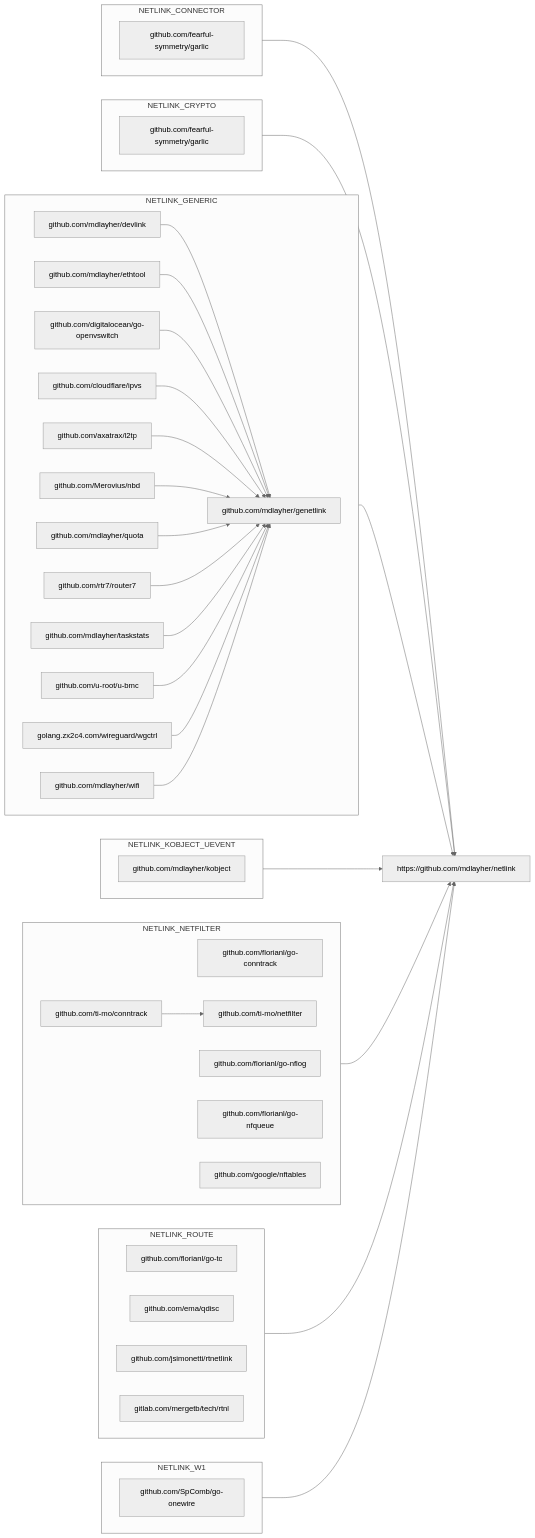
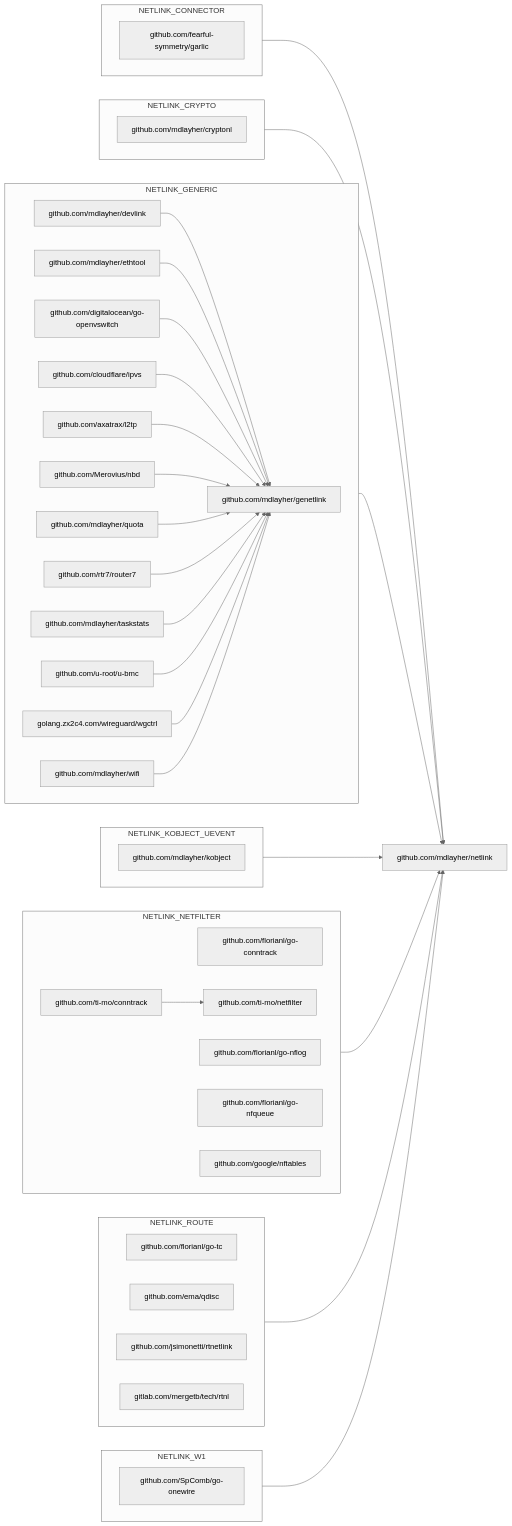
Before and after one commit to mdlayher/netlink: the diagram in README.md, drawn with Mermaid (neutral theme).

Commit message:
README: fix typos, add links to diagram

````diff
--- a/README.md
+++ b/README.md
@@ -51,58 +51,96 @@
 ``` mermaid
 flowchart LR
-    netlink["https://github.com/mdlayher/netlink"]
+    netlink["github.com/mdlayher/netlink"]
+    click netlink "https://github.com/mdlayher/netlink"
 
     subgraph "NETLINK_CONNECTOR"
         direction LR
 
         garlic["github.com/fearful-symmetry/garlic"]
+        click garlic "https://github.com/fearful-symmetry/garlic"
     end
 
     subgraph "NETLINK_CRYPTO"
         direction LR
 
-        cryptonl["github.com/fearful-symmetry/garlic"]
+        cryptonl["github.com/mdlayher/cryptonl"]
+        click cryptonl "https://github.com/mdlayher/cryptonl"
     end
 
     subgraph "NETLINK_GENERIC"
         direction LR
 
         genetlink["github.com/mdlayher/genetlink"]
+        click genetlink "https://github.com/mdlayher/genetlink"
 
         devlink["github.com/mdlayher/devlink"]
+        click devlink "https://github.com/mdlayher/devlink"
+
         ethtool["github.com/mdlayher/ethtool"]
+        click ethtool "https://github.com/mdlayher/ethtool"
+
         go-openvswitch["github.com/digitalocean/go-openvswitch"]
+        click go-openvswitch "https://github.com/digitalocean/go-openvswitch"
+
         ipvs["github.com/cloudflare/ipvs"]
+        click ipvs "https://github.com/cloudflare/ipvs"
+
         l2tp["github.com/axatrax/l2tp"]
-        ndb["github.com/Merovius/nbd"]
+        click l2tp "https://github.com/axatrax/l2tp"
+
+        nbd["github.com/Merovius/nbd"]
+        click nbd "https://github.com/Merovius/nbd"
+
         quota["github.com/mdlayher/quota"]
+        click quota "https://github.com/mdlayher/quota"
+
         router7["github.com/rtr7/router7"]
+        click router7 "https://github.com/rtr7/router7"
+
         taskstats["github.com/mdlayher/taskstats"]
+        click taskstats "https://github.com/mdlayher/taskstats"
+
         u-bmc["github.com/u-root/u-bmc"]
-        wgctl["golang.zx2c4.com/wireguard/wgctrl"]
+        click u-bmc "https://github.com/u-root/u-bmc"
+
+        wgctrl["golang.zx2c4.com/wireguard/wgctrl"]
+        click wgctrl "https://golang.zx2c4.com/wireguard/wgctrl"
+
         wifi["github.com/mdlayher/wifi"]
+        click wifi "https://github.com/mdlayher/wifi"
 
         devlink & ethtool & go-openvswitch & ipvs --> genetlink
-        l2tp & ndb & quota & router7 & taskstats --> genetlink
-        u-bmc & wgctl & wifi --> genetlink
+        l2tp & nbd & quota & router7 & taskstats --> genetlink
+        u-bmc & wgctrl & wifi --> genetlink
     end
 
     subgraph "NETLINK_KOBJECT_UEVENT"
         direction LR
 
         kobject["github.com/mdlayher/kobject"]
+        click kobject "https://github.com/mdlayher/kobject"
     end
 
     subgraph "NETLINK_NETFILTER"
         direction LR
 
         go-conntrack["github.com/florianl/go-conntrack"]
+        click go-conntrack "https://github.com/florianl/go-conntrack"
+
         go-nflog["github.com/florianl/go-nflog"]
+        click go-nflog "https://github.com/florianl/go-nflog"
+
         go-nfqueue["github.com/florianl/go-nfqueue"]
+        click go-nfqueue "https://github.com/florianl/go-nfqueue"
+
         netfilter["github.com/ti-mo/netfilter"]
+        click netfilter "https://github.com/ti-mo/netfilter"
+
         nftables["github.com/google/nftables"]
+        click nftables "https://github.com/google/nftables"
 
         conntrack["github.com/ti-mo/conntrack"]
+        click conntrack "https://github.com/ti-mo/conntrack"
 
         conntrack --> netfilter
     end
@@ -111,15 +149,23 @@
         direction LR
 
         go-tc["github.com/florianl/go-tc"]
+        click go-tc "https://github.com/florianl/go-tc"
+
         qdisc["github.com/ema/qdisc"]
+        click qdisc "https://github.com/ema/qdisc"
+
         rtnetlink["github.com/jsimonetti/rtnetlink"]
+        click rtnetlink "https://github.com/jsimonetti/rtnetlink"
+
         rtnl["gitlab.com/mergetb/tech/rtnl"]
+        click rtnl "https://gitlab.com/mergetb/tech/rtnl"
     end
 
     subgraph "NETLINK_W1"
         direction LR
 
         go-onewire["github.com/SpComb/go-onewire"]
+        click go-onewire "https://github.com/SpComb/go-onewire"
     end
 
     NETLINK_CONNECTOR --> netlink
````
